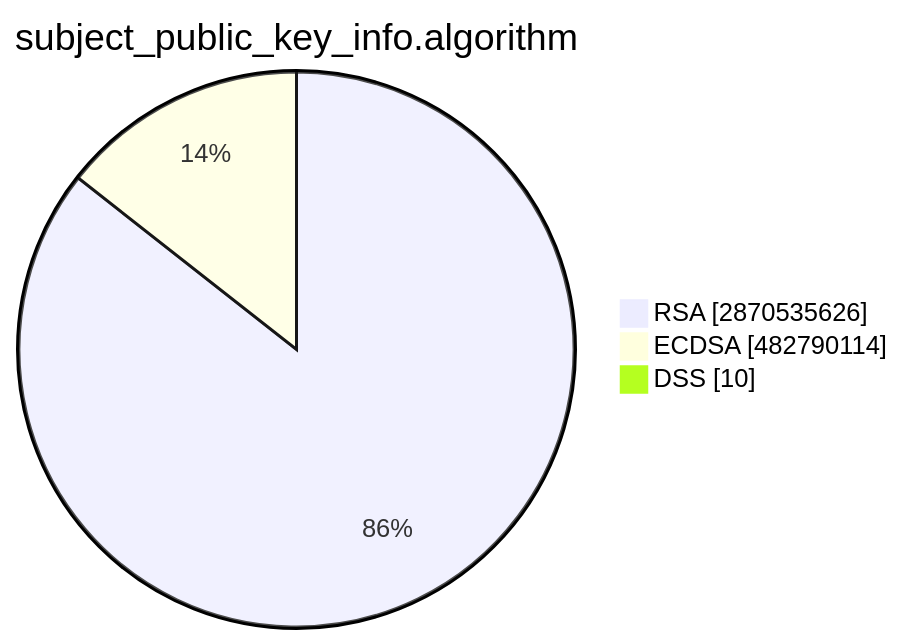
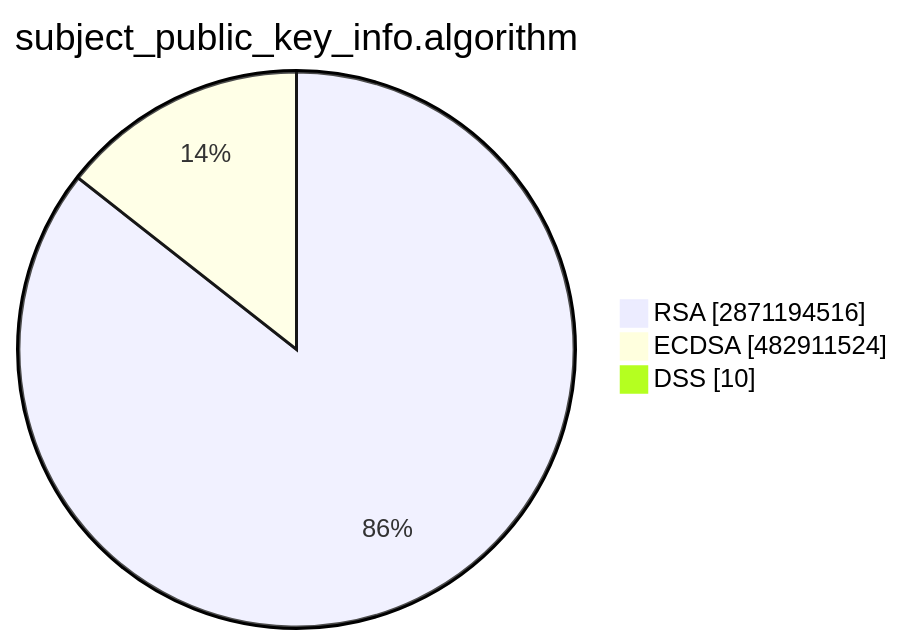
One commit to christiankrug/ctmonitor_visualization changed the second of 15 diagrams in TOTAL/README.md. Above: the diagram before and after it, drawn with Mermaid. The commit also changed other lines of this file, not shown here.

````diff
--- a/TOTAL/README.md
+++ b/TOTAL/README.md
@@ -6,7 +6,7 @@
 ```mermaid
 pie showData
 title subject_public_key_info.algorithm
-"RSA" :2870535626
-"ECDSA" :482790114
+"RSA" :2871194516
+"ECDSA" :482911524
 "DSS" :10
 ```
````
